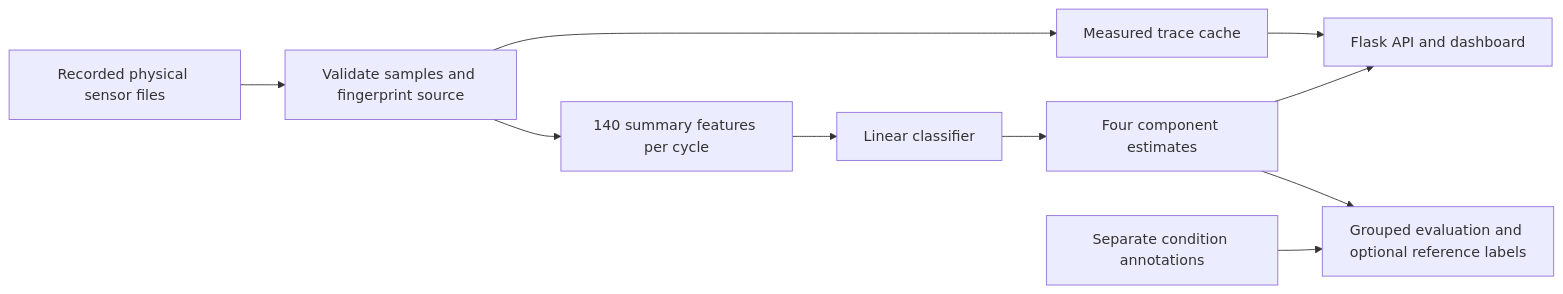
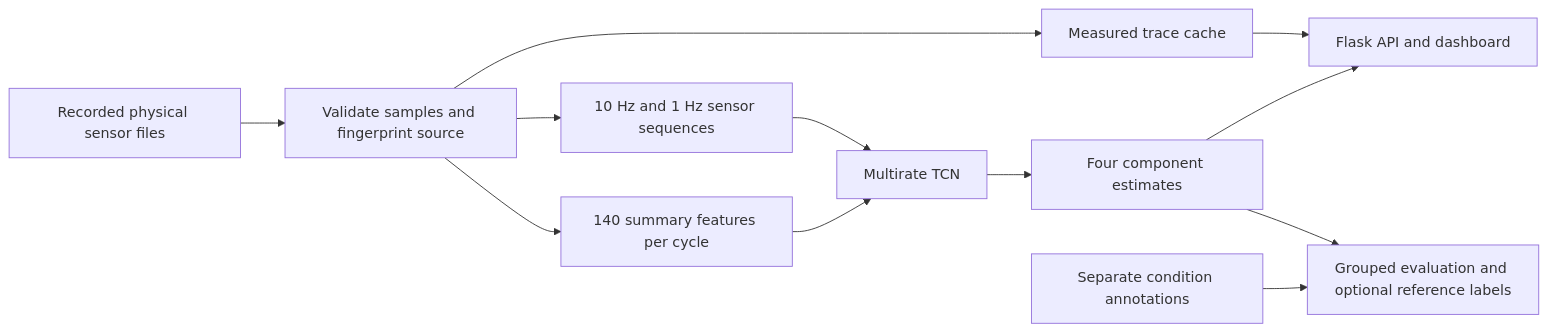
The diagram in README.md (Piyush314159/DigitalTwinAI), drawn with Mermaid before and after one commit. The commit also changed other lines of this file and 13 other files, not shown here.

First line of the commit message:
Refactor dashboard to utilize multirate TCN for predictions; update documentation and tests accordingly

````diff
--- a/README.md
+++ b/README.md
@@ -238,12 +250,14 @@
 ```mermaid
 flowchart LR
     A[Recorded physical sensor files] --> B[Validate samples and fingerprint source]
     B --> C[140 summary features per cycle]
-    C --> D[Linear classifier]
+    B --> F[10 Hz and 1 Hz sensor sequences]
+    C --> D[Multirate TCN]
+    F --> D
     D --> E[Four component estimates]
-    B --> F[Measured trace cache]
+    B --> J[Measured trace cache]
     E --> G[Flask API and dashboard]
-    F --> G
+    J --> G
     H[Separate condition annotations] --> I[Grouped evaluation and optional reference labels]
     E --> I
 ```
````
